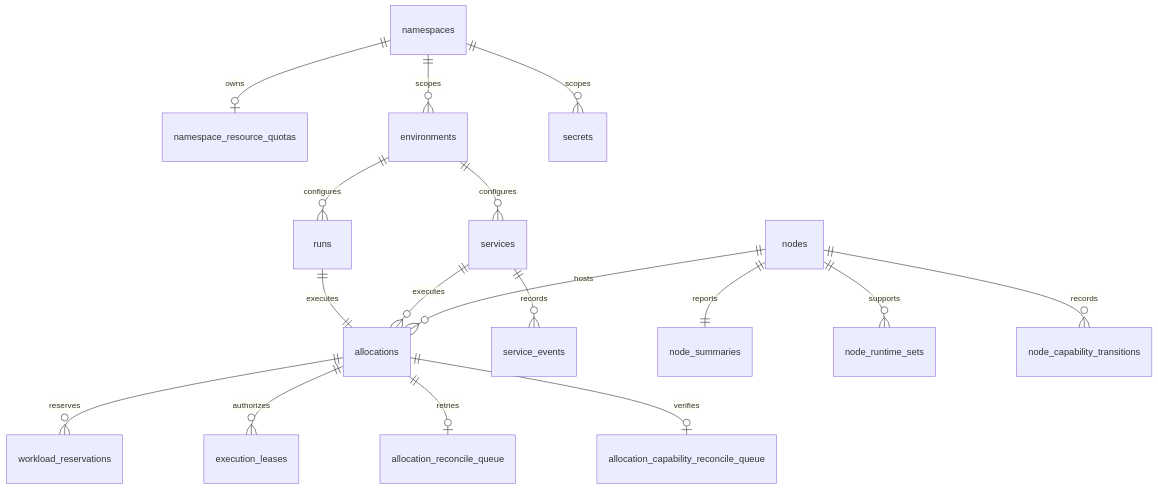
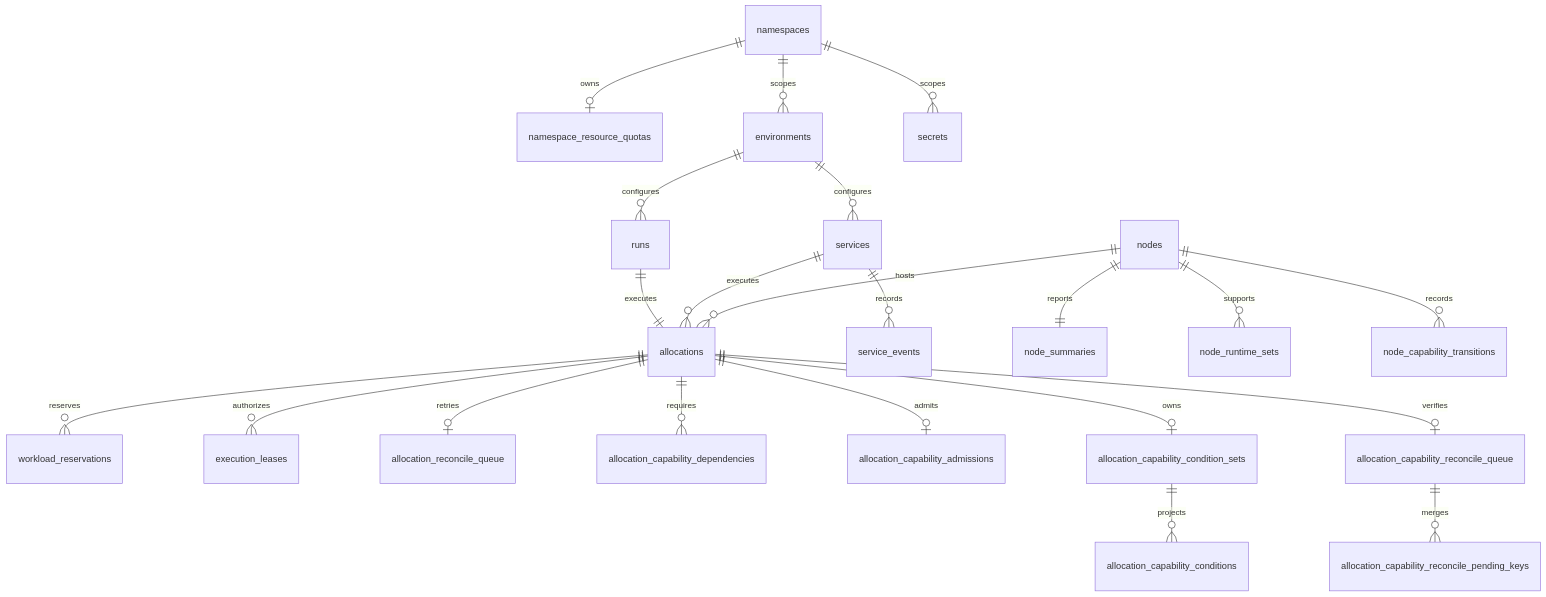
Before and after one commit to cofy-x/axern: the second of 6 diagrams in control/controld/docs/postgres-schema-design.md, drawn with Mermaid. The commit also changed other lines of this file and 288 other files, not shown here.

````diff
--- a/control/controld/docs/postgres-schema-design.md
+++ b/control/controld/docs/postgres-schema-design.md
@@ -50,19 +50,24 @@
 ```mermaid
 erDiagram
   namespaces ||--o| namespace_resource_quotas : owns
   namespaces ||--o{ environments : scopes
   namespaces ||--o{ secrets : scopes
   environments ||--o{ runs : configures
   environments ||--o{ services : configures
   runs ||--|| allocations : executes
   services ||--o{ allocations : executes
   services ||--o{ service_events : records
   nodes ||--o{ allocations : hosts
   nodes ||--|| node_summaries : reports
   nodes ||--o{ node_runtime_sets : supports
   allocations ||--o{ workload_reservations : reserves
   allocations ||--o{ execution_leases : authorizes
   allocations ||--o| allocation_reconcile_queue : retries
+  allocations ||--o{ allocation_capability_dependencies : requires
+	allocations ||--o| allocation_capability_admissions : admits
+  allocations ||--o| allocation_capability_condition_sets : owns
+  allocation_capability_condition_sets ||--o{ allocation_capability_conditions : projects
   allocations ||--o| allocation_capability_reconcile_queue : verifies
+  allocation_capability_reconcile_queue ||--o{ allocation_capability_reconcile_pending_keys : merges
   nodes ||--o{ node_capability_transitions : records
 ```
````
